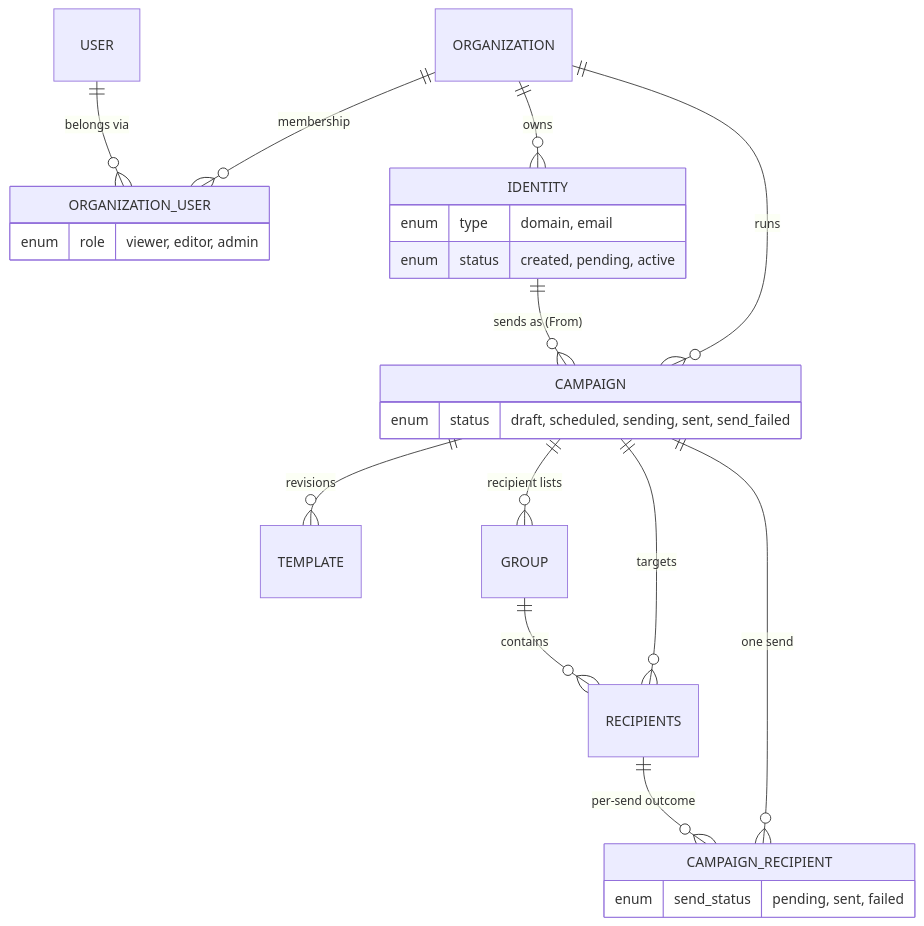
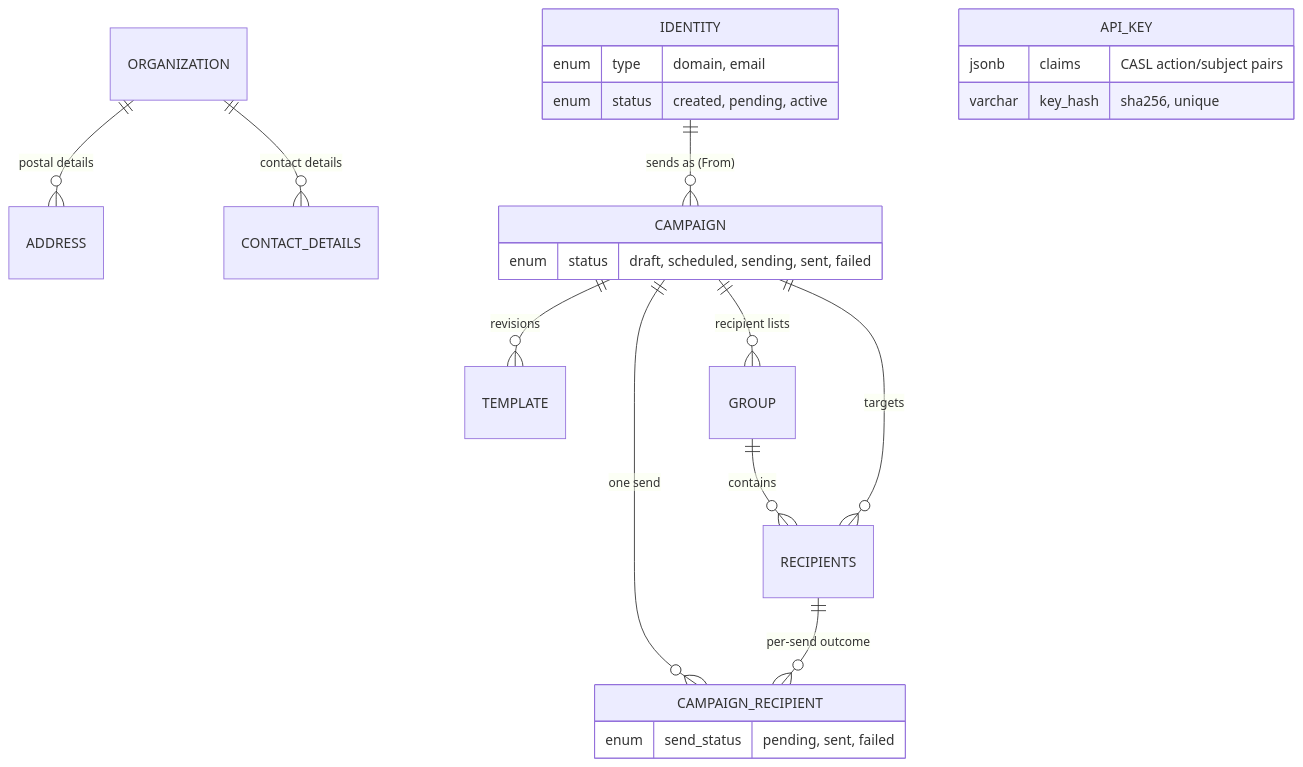
Before and after one commit to Abhinav5050649/mail-rocket: the fourth of 6 diagrams in bun/api/docs/ARCHITECTURE.md, drawn with Mermaid. The commit also changed other lines of this file and 129 other files, not shown here.

First line of the commit message:
feat(api): API keys with CASL claims replace users and multi-tenancy

````diff
--- a/bun/api/docs/ARCHITECTURE.md
+++ b/bun/api/docs/ARCHITECTURE.md
@@ -136,28 +138,27 @@
 ```mermaid
 erDiagram
-    ORGANIZATION ||--o{ ORGANIZATION_USER : membership
-    USER ||--o{ ORGANIZATION_USER : "belongs via"
-    ORGANIZATION ||--o{ IDENTITY : owns
-    ORGANIZATION ||--o{ CAMPAIGN : runs
+    ORGANIZATION ||--o{ ADDRESS : "postal details"
+    ORGANIZATION ||--o{ CONTACT_DETAILS : "contact details"
     IDENTITY ||--o{ CAMPAIGN : "sends as (From)"
     CAMPAIGN ||--o{ TEMPLATE : revisions
     CAMPAIGN ||--o{ GROUP : "recipient lists"
     GROUP ||--o{ RECIPIENTS : contains
     CAMPAIGN ||--o{ RECIPIENTS : targets
     CAMPAIGN ||--o{ CAMPAIGN_RECIPIENT : "one send"
     RECIPIENTS ||--o{ CAMPAIGN_RECIPIENT : "per-send outcome"
 
-    ORGANIZATION_USER {
-        enum role "viewer, editor, admin"
+    API_KEY {
+        jsonb claims "CASL action/subject pairs"
+        varchar key_hash "sha256, unique"
     }
     IDENTITY {
         enum type "domain, email"
         enum status "created, pending, active"
     }
     CAMPAIGN {
-        enum status "draft, scheduled, sending, sent, send_failed"
+        enum status "draft, scheduled, sending, sent, failed"
     }
     CAMPAIGN_RECIPIENT {
         enum send_status "pending, sent, failed"
     }
 ```
````
